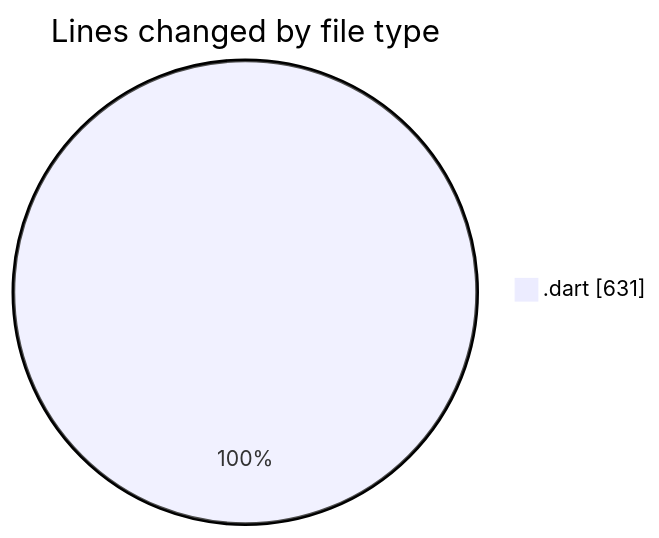
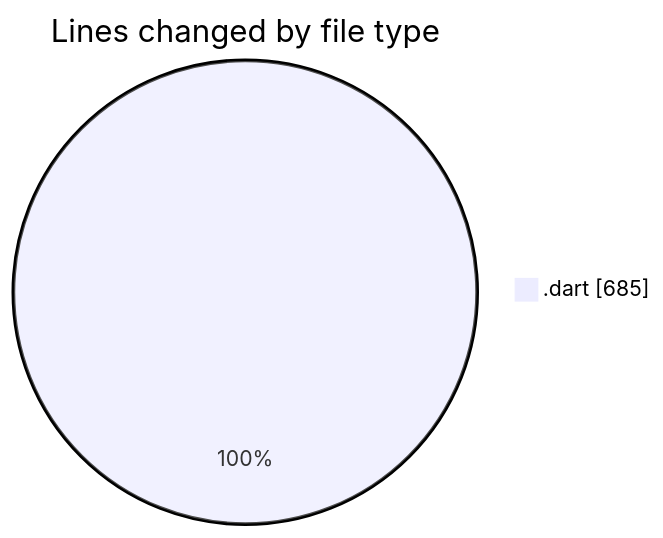
The first of 2 diagrams in 2025-02-27/uber_clone/README.md (donsfak/code-tracking), drawn with Mermaid before and after one commit. The commit also changed other lines of this file and 1 other file, not shown here.

````diff
--- a/2025-02-27/uber_clone/README.md
+++ b/2025-02-27/uber_clone/README.md
@@ -21,5 +21,5 @@
 ```mermaid
 pie showData
 title Lines changed by file type
-".dart" : 631
+".dart" : 685
 ```
````
